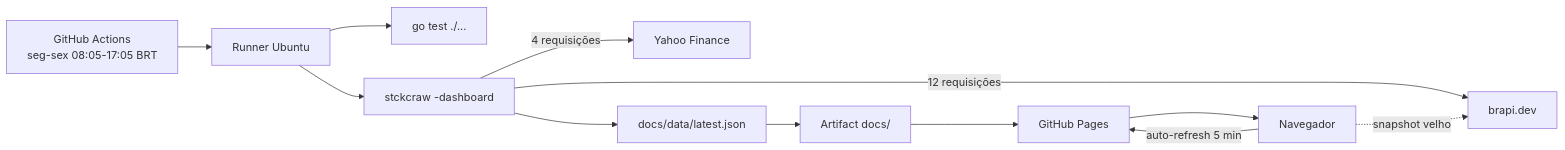
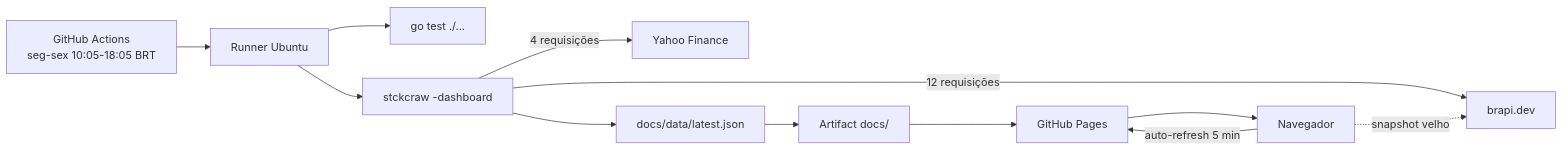
Before and after one commit to fabianoflorentino/stckcraw: the diagram in README.md, drawn with Mermaid. The commit also changed other lines of this file and 8 other files, not shown here.

````diff
--- a/README.md
+++ b/README.md
@@ -27,14 +28,14 @@
 ```mermaid
 flowchart LR
-  cron["GitHub Actions<br/>seg-sex 08:05-17:05 BRT"] --> runner["Runner Ubuntu"]
+  cron["GitHub Actions<br/>seg-sex 10:05-18:05 BRT"] --> runner["Runner Ubuntu"]
   runner --> test["go test ./..."]
   runner --> crawler["stckcraw -dashboard"]
   crawler -->|12 requisições| brapi["brapi.dev"]
   crawler -->|4 requisições| yahoo["Yahoo Finance"]
   crawler --> json["docs/data/latest.json"]
   json --> artifact["Artifact docs/"]
   artifact --> pages["GitHub Pages"]
   pages --> user["Navegador"]
   user -->|auto-refresh 5 min| pages
   user -.->|snapshot velho| brapi
 ```
````
